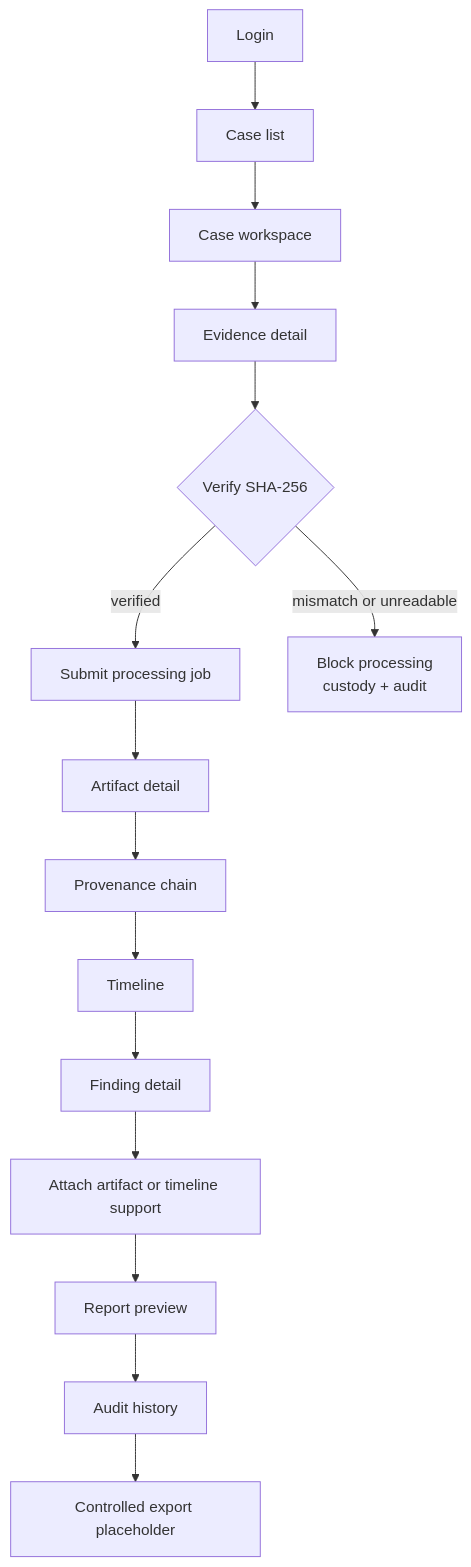
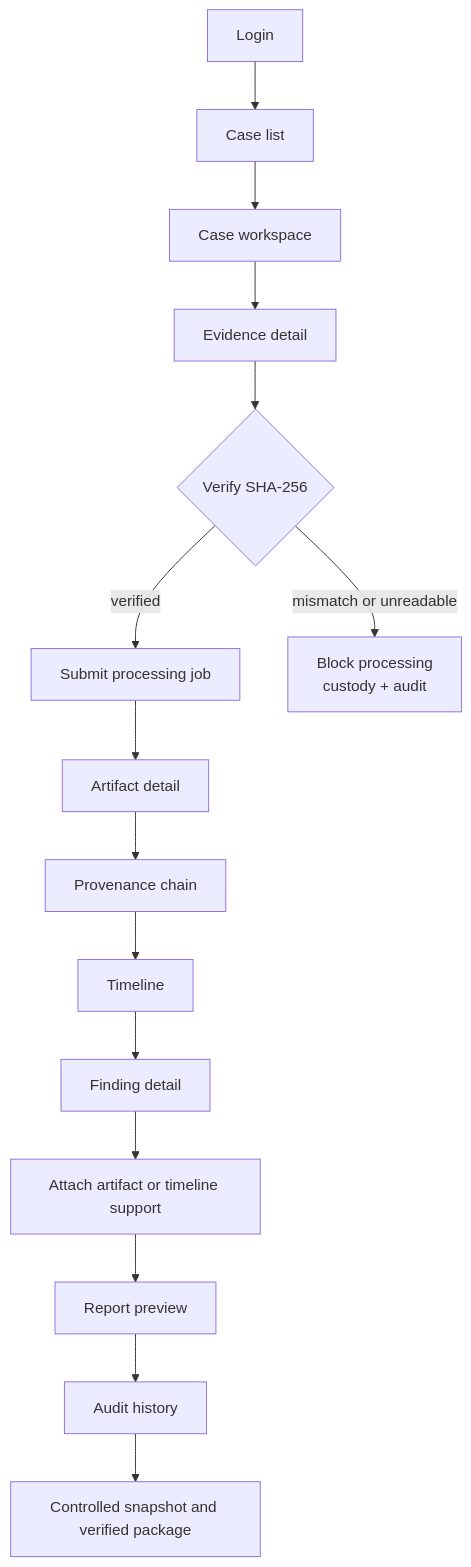
The diagram in docs/diagrams/13-core-investigator-workflow.md (DimpleNemade/p.r.o.v.e), drawn with Mermaid before and after one commit. The commit also changed 53 other files, not shown here.

````diff
--- a/docs/diagrams/13-core-investigator-workflow.md
+++ b/docs/diagrams/13-core-investigator-workflow.md
@@ -3,11 +3,11 @@
 ```mermaid
 flowchart TD
   L["Login"] --> C["Case list"] --> W["Case workspace"]
   W --> E["Evidence detail"] --> V{"Verify SHA-256"}
   V -->|verified| P["Submit processing job"] --> A["Artifact detail"]
   V -->|mismatch or unreadable| B["Block processing<br/>custody + audit"]
   A --> PR["Provenance chain"] --> T["Timeline"]
   T --> F["Finding detail"] --> S["Attach artifact or timeline support"]
   S --> R["Report preview"] --> H["Audit history"]
-  H --> X["Controlled export placeholder"]
+  H --> X["Controlled snapshot and verified package"]
 ```
````
